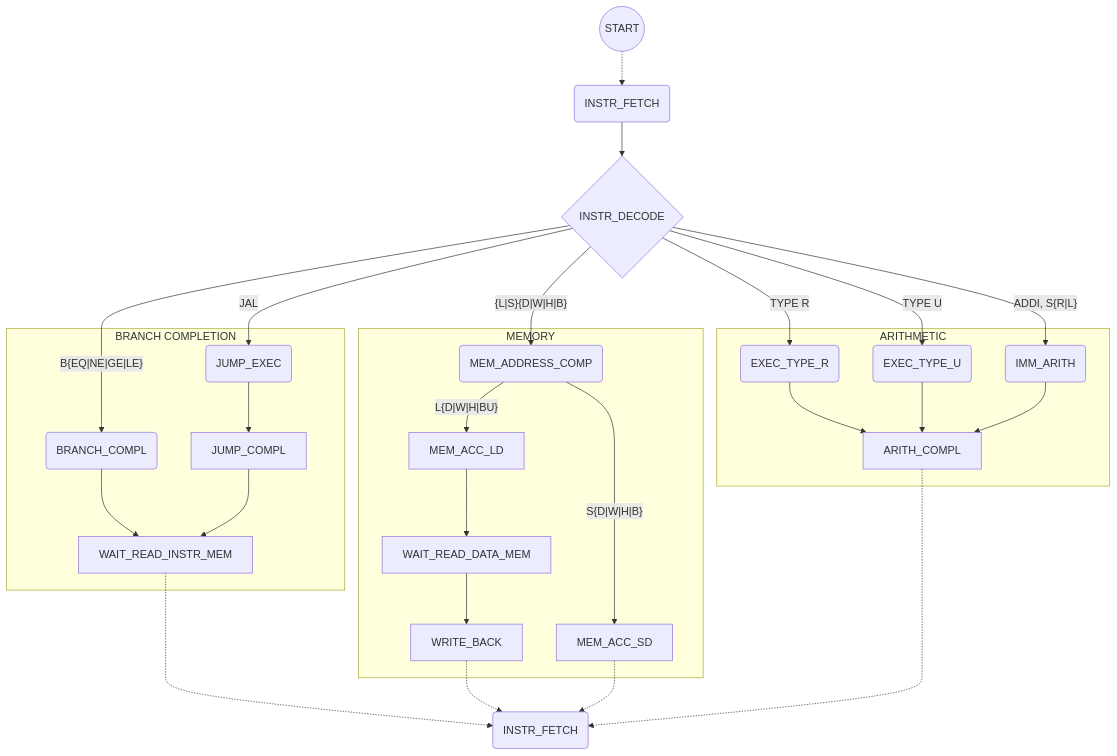
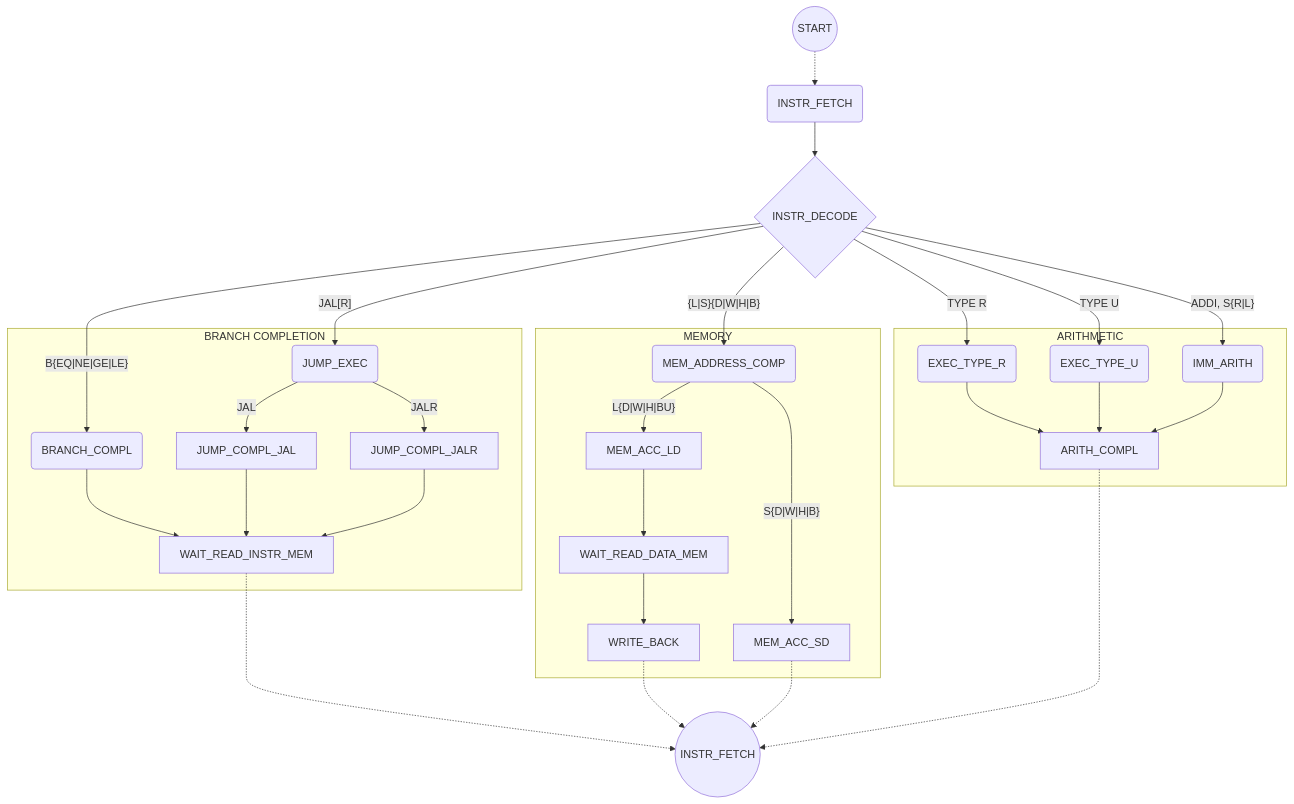
The diagram in docs/state_clearer.mmd (aricneto/RISC-DCCCLXVII), drawn with Mermaid before and after one commit. The commit also changed 5 other files, not shown here.

Commit message:
Split JAL and JALR states

```diff
--- a/docs/state_clearer.mmd
+++ b/docs/state_clearer.mmd
@@ -1,35 +1,37 @@
 graph TD
 START((START)) -.-> INSTR_FETCH(INSTR_FETCH)
 
 INSTR_FETCH --> INSTR_DECODE{INSTR_DECODE}
 
 INSTR_DECODE -->|"{L|S}{D|W|H|B}"| MEM_ADDRESS_COMP(MEM_ADDRESS_COMP)
 INSTR_DECODE -->|"ADDI, S{R|L}"| IMM_ARITH(IMM_ARITH)
 INSTR_DECODE -->|"TYPE R"| EXEC_TYPE_R(EXEC_TYPE_R)
 INSTR_DECODE -->|"TYPE U"| EXEC_TYPE_U(EXEC_TYPE_U)
 INSTR_DECODE -->|"B{EQ|NE|GE|LE}"| BRANCH_COMPL(BRANCH_COMPL)
-INSTR_DECODE -->|"JAL"| JUMP_EXEC(JUMP_EXEC)
+INSTR_DECODE -->|"JAL[R]"| JUMP_EXEC(JUMP_EXEC)
 
 subgraph MEMORY
     MEM_ADDRESS_COMP -->|"L{D|W|H|BU}"| MEM_ACC_LD
     MEM_ADDRESS_COMP -->|"S{D|W|H|B}"| MEM_ACC_SD
     MEM_ACC_LD --> WAIT_READ_DATA_MEM
     WAIT_READ_DATA_MEM --> WRITE_BACK
 end
 
 subgraph ARITHMETIC
     EXEC_TYPE_R --> ARITH_COMPL
     EXEC_TYPE_U --> ARITH_COMPL
     IMM_ARITH   --> ARITH_COMPL
 end
 
 subgraph BRANCH COMPLETION
     BRANCH_COMPL --> WAIT_READ_INSTR_MEM
-    JUMP_EXEC --> JUMP_COMPL
-    JUMP_COMPL --> WAIT_READ_INSTR_MEM
+    JUMP_EXEC -->|JAL| JUMP_COMPL_JAL
+    JUMP_EXEC -->|JALR| JUMP_COMPL_JALR
+    JUMP_COMPL_JAL --> WAIT_READ_INSTR_MEM
+    JUMP_COMPL_JALR --> WAIT_READ_INSTR_MEM
 end
 
-WAIT_READ_INSTR_MEM -.-> f(INSTR_FETCH)
+WAIT_READ_INSTR_MEM -.-> f((INSTR_FETCH))
 WRITE_BACK -.-> f
 MEM_ACC_SD -.-> f
 ARITH_COMPL -.-> f
```
